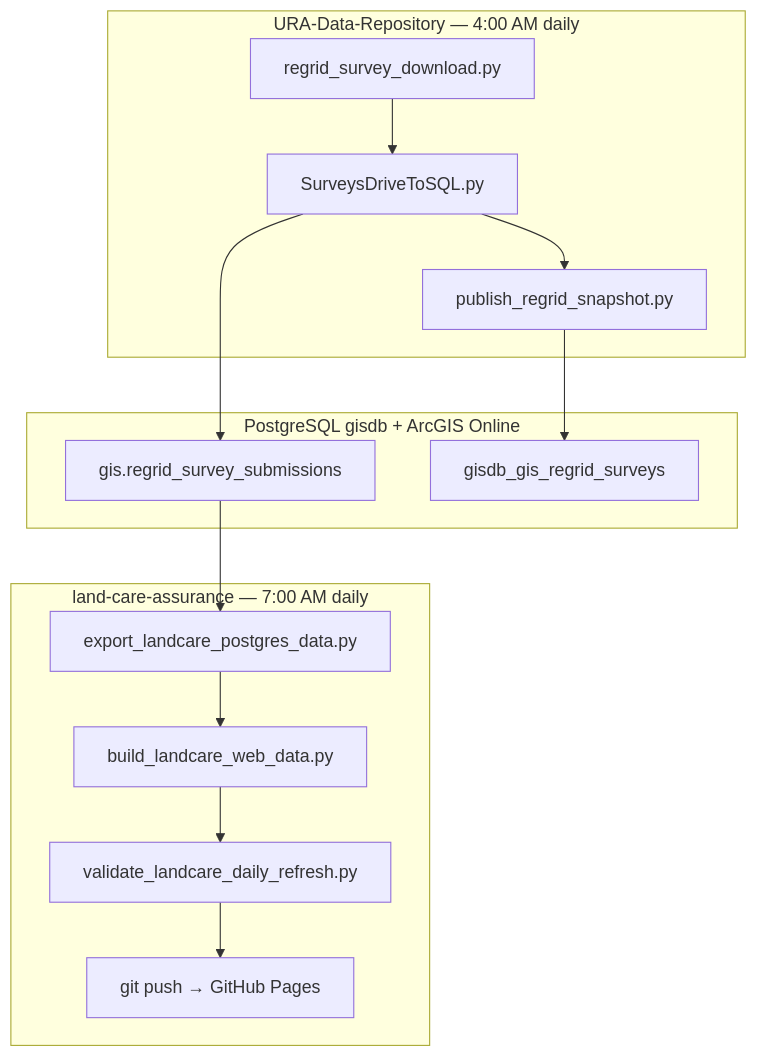
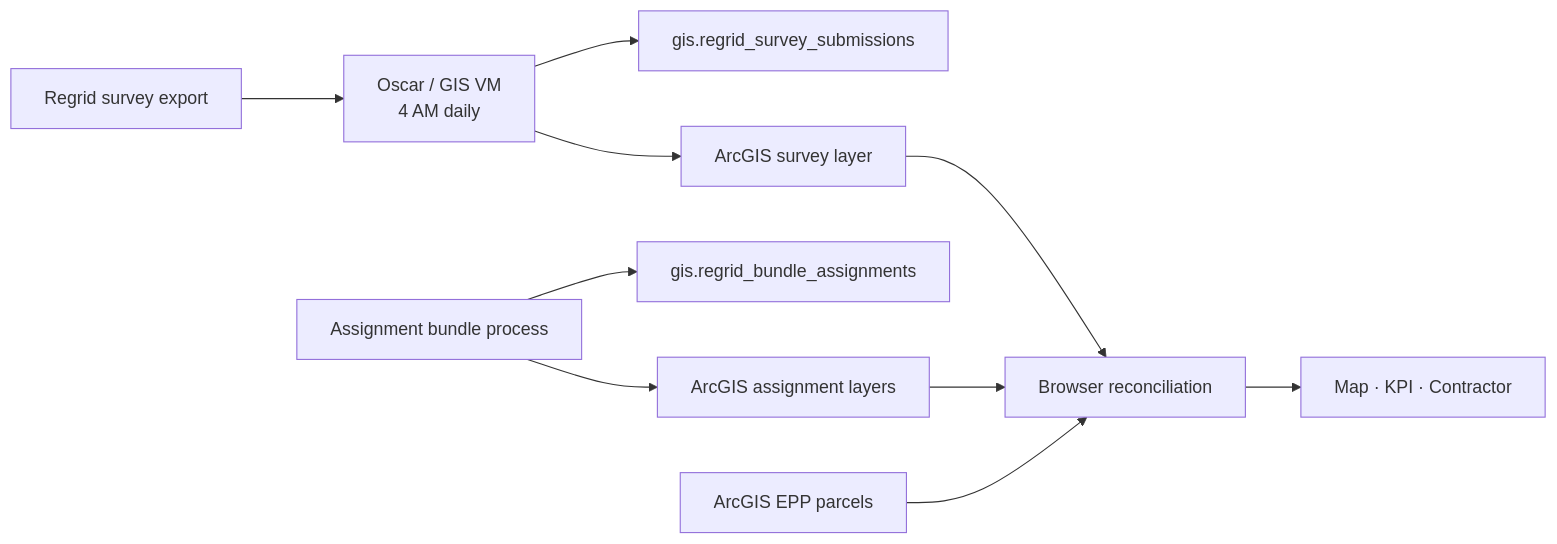
The first of 2 diagrams in docs/landcare-data-engineering-flow.md (rutomo-ura/land-care-assurance), drawn with Mermaid before and after one commit. The commit also changed other lines of this file and 14 other files, not shown here.

Commit message:
Finalize LandCare handover and retire 7 AM path

````diff
--- a/docs/landcare-data-engineering-flow.md
+++ b/docs/landcare-data-engineering-flow.md
@@ -100,26 +9,12 @@
 ```mermaid
-flowchart TD
-    subgraph upstream ["URA-Data-Repository — 4:00 AM daily"]
-        RegridDL["regrid_survey_download.py"]
-        SurveyLoad["SurveysDriveToSQL.py"]
-        AgolPub["publish_regrid_snapshot.py"]
-        RegridDL --> SurveyLoad --> AgolPub
-    end
-
-    subgraph gisdb ["PostgreSQL gisdb + ArcGIS Online"]
-        SurveyTable["gis.regrid_survey_submissions"]
-        SurveyLayer["gisdb_gis_regrid_surveys"]
-        SurveyLoad --> SurveyTable
-        AgolPub --> SurveyLayer
-    end
-
-    subgraph downstream ["land-care-assurance — 7:00 AM daily"]
-        Export["export_landcare_postgres_data.py"]
-        Build["build_landcare_web_data.py"]
-        Validate["validate_landcare_daily_refresh.py"]
-        Publish["git push → GitHub Pages"]
-        Export --> Build --> Validate --> Publish
-    end
-
-    SurveyTable --> Export
+flowchart LR
+    Regrid["Regrid survey export"] --> Daily["Oscar / GIS VM<br/>4 AM daily"]
+    Daily --> PGSurvey["gis.regrid_survey_submissions"]
+    Daily --> SurveyLayer["ArcGIS survey layer"]
+    Bundle["Assignment bundle process"] --> PGAssign["gis.regrid_bundle_assignments"]
+    Bundle --> AssignLayers["ArcGIS assignment layers"]
+    SurveyLayer --> Browser["Browser reconciliation"]
+    AssignLayers --> Browser
+    EPP["ArcGIS EPP parcels"] --> Browser
+    Browser --> App["Map · KPI · Contractor"]
 ```
````
